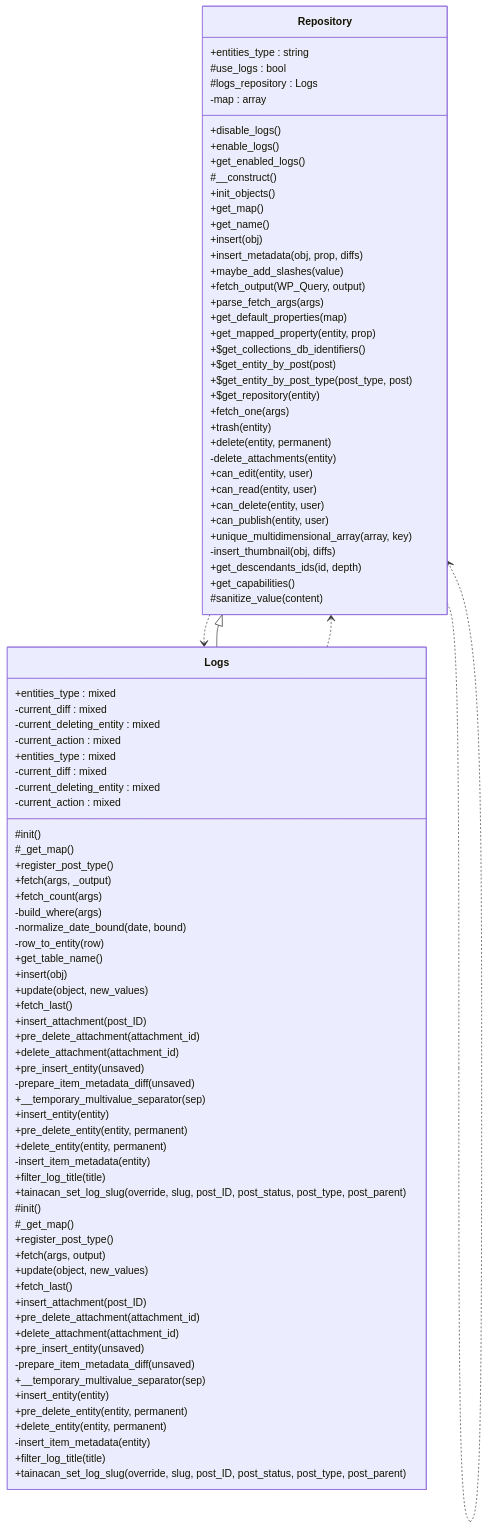
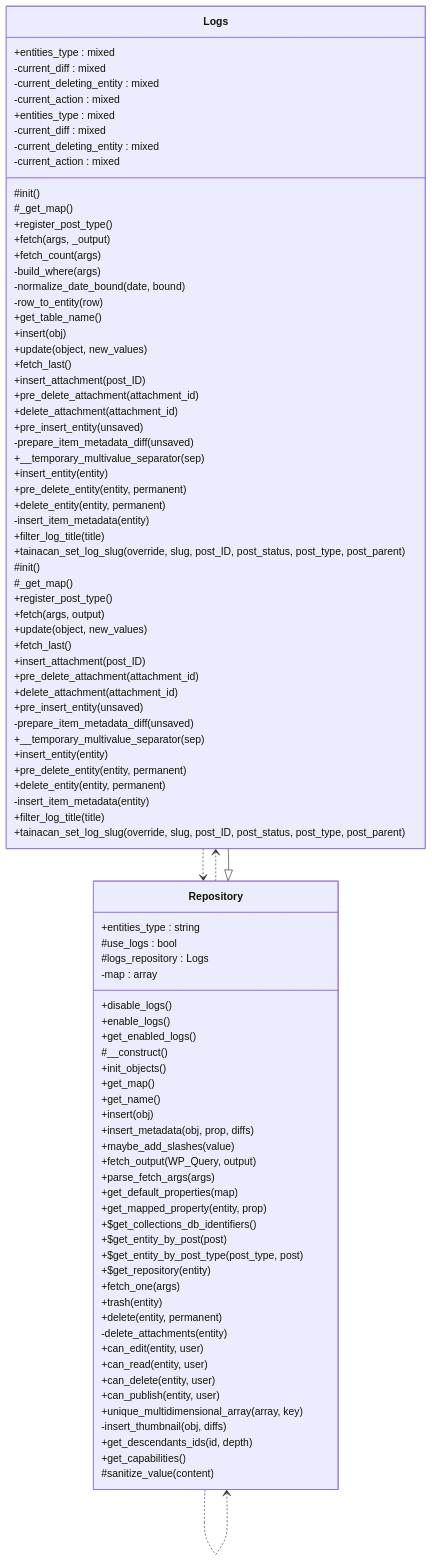
Before and after one commit to tainacan/tainacan: the diagram in docs/phpdoc/classes/Tainacan/Repositories/Logs.mmd, drawn with Mermaid. The commit also changed other lines of this file and 74 other files, not shown here.

```diff
--- a/docs/phpdoc/classes/Tainacan/Repositories/Logs.mmd
+++ b/docs/phpdoc/classes/Tainacan/Repositories/Logs.mmd
@@ -1,97 +1,97 @@
 classDiagram
     direction TB
-    class Repository {
-        +entities_type : string
-        #use_logs : bool
-        #logs_repository : Logs
-        -map : array
-        +disable_logs()
-        +enable_logs()
-        +get_enabled_logs()
-        #__construct()
-        +init_objects()
-        +get_map()
-        +get_name()
-        +insert(obj)
-        +insert_metadata(obj, prop, diffs)
-        +maybe_add_slashes(value)
-        +fetch_output(WP_Query, output)
-        +parse_fetch_args(args)
-        +get_default_properties(map)
-        +get_mapped_property(entity, prop)
-        +$get_collections_db_identifiers()
-        +$get_entity_by_post(post)
-        +$get_entity_by_post_type(post_type, post)
-        +$get_repository(entity)
-        +fetch_one(args)
-        +trash(entity)
-        +delete(entity, permanent)
-        -delete_attachments(entity)
-        +can_edit(entity, user)
-        +can_read(entity, user)
-        +can_delete(entity, user)
-        +can_publish(entity, user)
-        +unique_multidimensional_array(array, key)
-        -insert_thumbnail(obj, diffs)
-        +get_descendants_ids(id, depth)
-        +get_capabilities()
-        #sanitize_value(content)
-    }
     class Logs {
         +entities_type : mixed
         -current_diff : mixed
         -current_deleting_entity : mixed
         -current_action : mixed
         #init()
         #_get_map()
         +register_post_type()
         +fetch(args, _output)
         +fetch_count(args)
         -build_where(args)
         -normalize_date_bound(date, bound)
         -row_to_entity(row)
         +get_table_name()
         +insert(obj)
         +update(object, new_values)
         +fetch_last()
         +insert_attachment(post_ID)
         +pre_delete_attachment(attachment_id)
         +delete_attachment(attachment_id)
         +pre_insert_entity(unsaved)
         -prepare_item_metadata_diff(unsaved)
         +__temporary_multivalue_separator(sep)
         +insert_entity(entity)
         +pre_delete_entity(entity, permanent)
         +delete_entity(entity, permanent)
         -insert_item_metadata(entity)
         +filter_log_title(title)
         +tainacan_set_log_slug(override, slug, post_ID, post_status, post_type, post_parent)
     }
     class Logs {
         +entities_type : mixed
         -current_diff : mixed
         -current_deleting_entity : mixed
         -current_action : mixed
         #init()
         #_get_map()
         +register_post_type()
         +fetch(args, output)
         +update(object, new_values)
         +fetch_last()
         +insert_attachment(post_ID)
         +pre_delete_attachment(attachment_id)
         +delete_attachment(attachment_id)
         +pre_insert_entity(unsaved)
         -prepare_item_metadata_diff(unsaved)
         +__temporary_multivalue_separator(sep)
         +insert_entity(entity)
         +pre_delete_entity(entity, permanent)
         +delete_entity(entity, permanent)
         -insert_item_metadata(entity)
         +filter_log_title(title)
         +tainacan_set_log_slug(override, slug, post_ID, post_status, post_type, post_parent)
     }
+    class Repository {
+        +entities_type : string
+        #use_logs : bool
+        #logs_repository : Logs
+        -map : array
+        +disable_logs()
+        +enable_logs()
+        +get_enabled_logs()
+        #__construct()
+        +init_objects()
+        +get_map()
+        +get_name()
+        +insert(obj)
+        +insert_metadata(obj, prop, diffs)
+        +maybe_add_slashes(value)
+        +fetch_output(WP_Query, output)
+        +parse_fetch_args(args)
+        +get_default_properties(map)
+        +get_mapped_property(entity, prop)
+        +$get_collections_db_identifiers()
+        +$get_entity_by_post(post)
+        +$get_entity_by_post_type(post_type, post)
+        +$get_repository(entity)
+        +fetch_one(args)
+        +trash(entity)
+        +delete(entity, permanent)
+        -delete_attachments(entity)
+        +can_edit(entity, user)
+        +can_read(entity, user)
+        +can_delete(entity, user)
+        +can_publish(entity, user)
+        +unique_multidimensional_array(array, key)
+        -insert_thumbnail(obj, diffs)
+        +get_descendants_ids(id, depth)
+        +get_capabilities()
+        #sanitize_value(content)
+    }
     Logs ..> Repository
     Repository ..> Logs
     Repository ..> Repository
     Repository <|-- Logs
```
